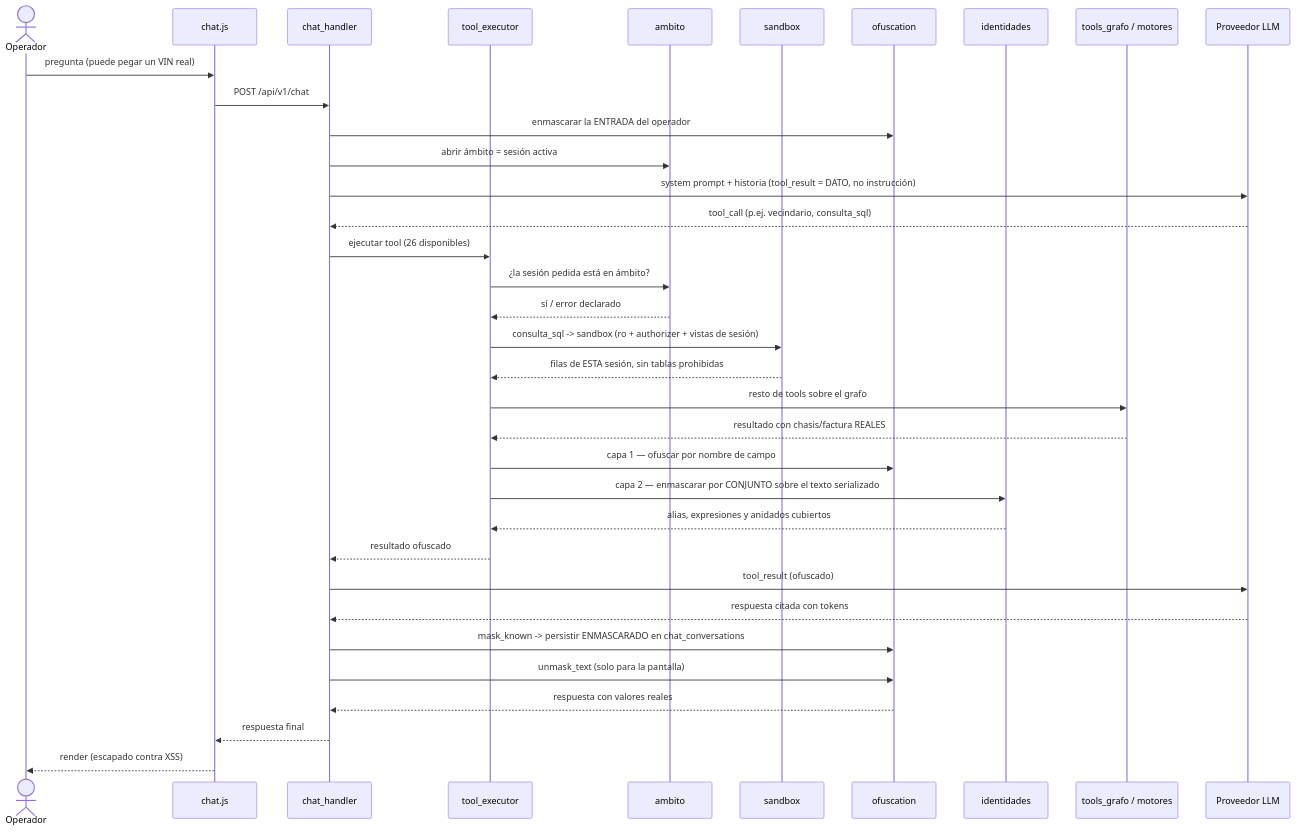
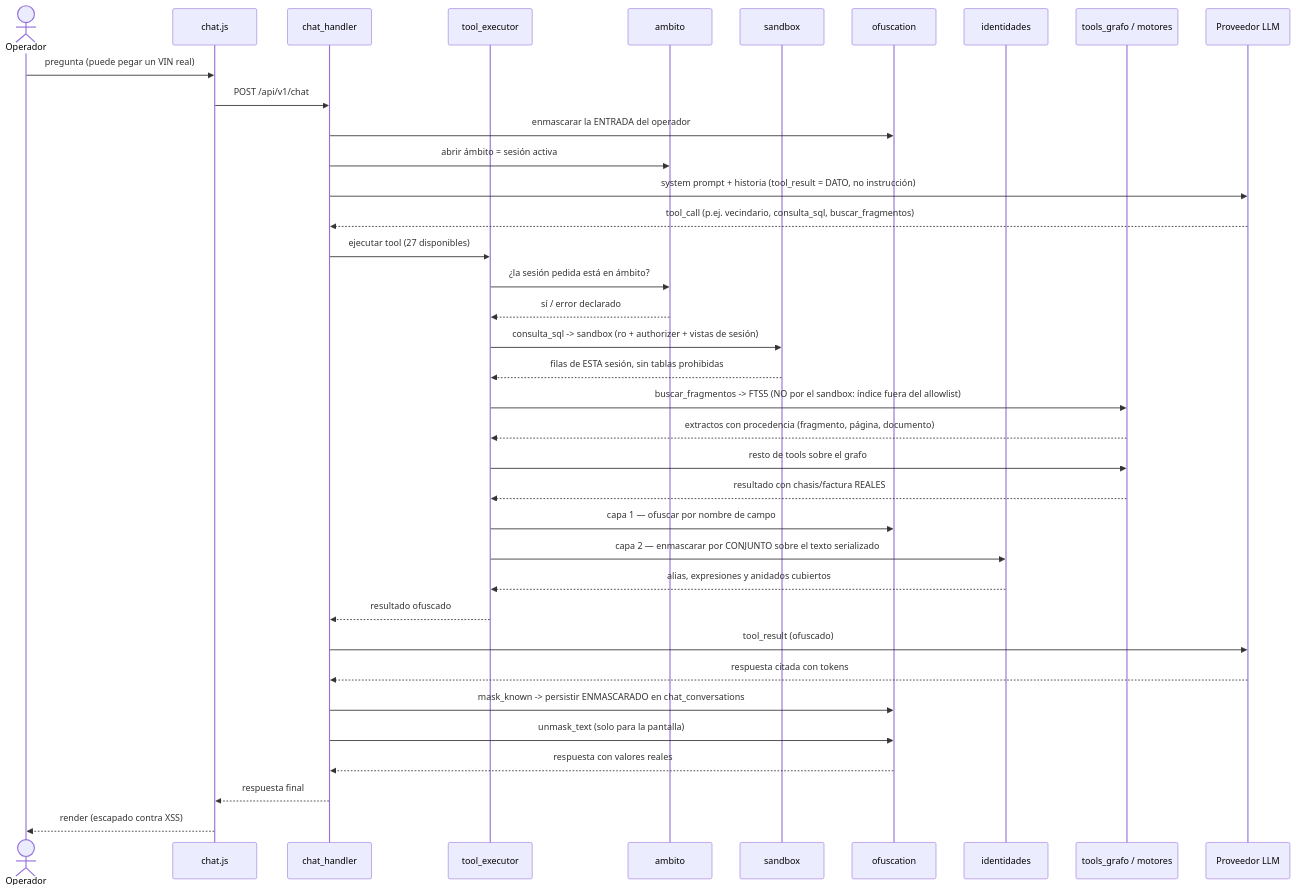
The diagram in docs/architecture/process/consulta-ia.md (Allogenes-Umwelt/GNOSIS), drawn with Mermaid before and after one commit. The commit also changed other lines of this file and 13 other files, not shown here.

````diff
--- a/docs/architecture/process/consulta-ia.md
+++ b/docs/architecture/process/consulta-ia.md
@@ -11,38 +11,40 @@
 ```mermaid
 sequenceDiagram
     actor OP as Operador
     participant UI as chat.js
     participant CH as chat_handler
     participant TE as tool_executor
     participant AM as ambito
     participant SB as sandbox
     participant OB as ofuscation
     participant ID as identidades
     participant GR as tools_grafo / motores
     participant LLM as Proveedor LLM
 
     OP->>UI: pregunta (puede pegar un VIN real)
     UI->>CH: POST /api/v1/chat
     CH->>OB: enmascarar la ENTRADA del operador
     CH->>AM: abrir ámbito = sesión activa
     CH->>LLM: system prompt + historia (tool_result = DATO, no instrucción)
-    LLM-->>CH: tool_call (p.ej. vecindario, consulta_sql)
-    CH->>TE: ejecutar tool (26 disponibles)
+    LLM-->>CH: tool_call (p.ej. vecindario, consulta_sql, buscar_fragmentos)
+    CH->>TE: ejecutar tool (27 disponibles)
     TE->>AM: ¿la sesión pedida está en ámbito?
     AM-->>TE: sí / error declarado
     TE->>SB: consulta_sql -> sandbox (ro + authorizer + vistas de sesión)
     SB-->>TE: filas de ESTA sesión, sin tablas prohibidas
+    TE->>GR: buscar_fragmentos -> FTS5 (NO por el sandbox: índice fuera del allowlist)
+    GR-->>TE: extractos con procedencia (fragmento, página, documento)
     TE->>GR: resto de tools sobre el grafo
     GR-->>TE: resultado con chasis/factura REALES
     TE->>OB: capa 1 — ofuscar por nombre de campo
     TE->>ID: capa 2 — enmascarar por CONJUNTO sobre el texto serializado
     ID-->>TE: alias, expresiones y anidados cubiertos
     TE-->>CH: resultado ofuscado
     CH->>LLM: tool_result (ofuscado)
     LLM-->>CH: respuesta citada con tokens
     CH->>OB: mask_known -> persistir ENMASCARADO en chat_conversations
     CH->>OB: unmask_text (solo para la pantalla)
     OB-->>CH: respuesta con valores reales
     CH-->>UI: respuesta final
     UI-->>OP: render (escapado contra XSS)
 ```
````
